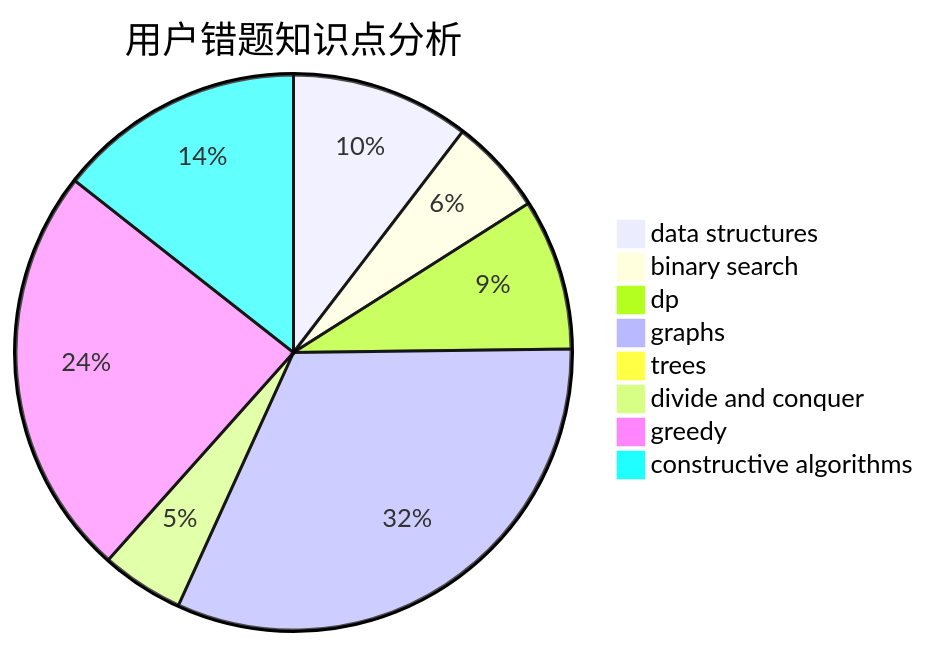
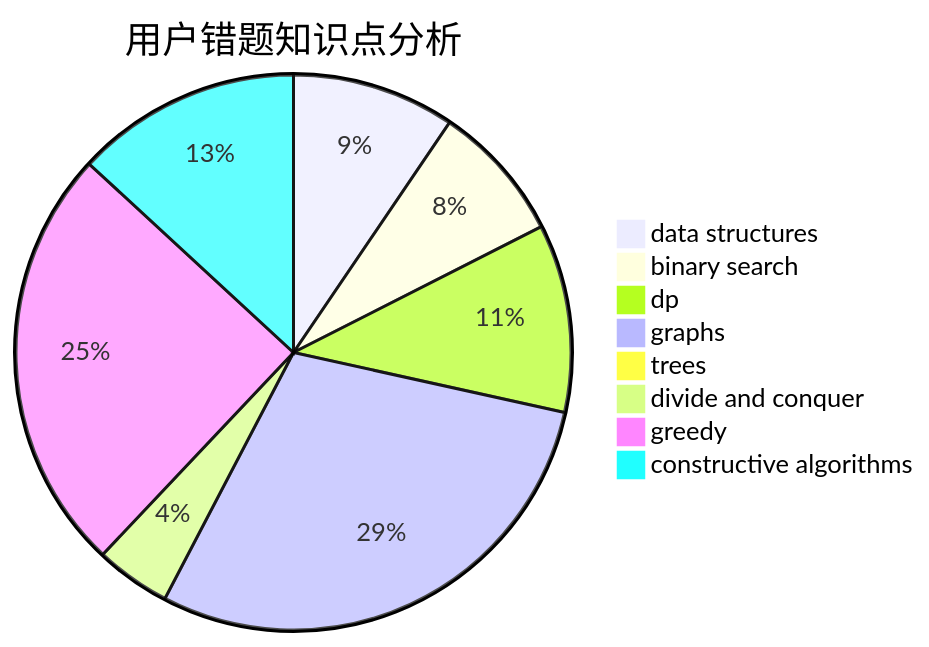
One commit to sherpahu/cfrs.github.io changed the third of 3 diagrams in docs/user/u2581.md. Above: the diagram before and after it, drawn with Mermaid. The commit also changed other lines of this file and 2770 other files, not shown here.

````diff
--- a/docs/user/u2581.md
+++ b/docs/user/u2581.md
@@ -36,11 +36,11 @@
 ```mermaid
 pie title 用户错题知识点分析
     "data structures" :  13
-    "binary search" :  7
-    "dp" :  11
+    "binary search" :  11
+    "dp" :  15
     "graphs" :  40
     "trees" :  0
     "divide and conquer" :  6
-    "greedy" :  30
+    "greedy" :  34
     "constructive algorithms" :  18
 ```
````
